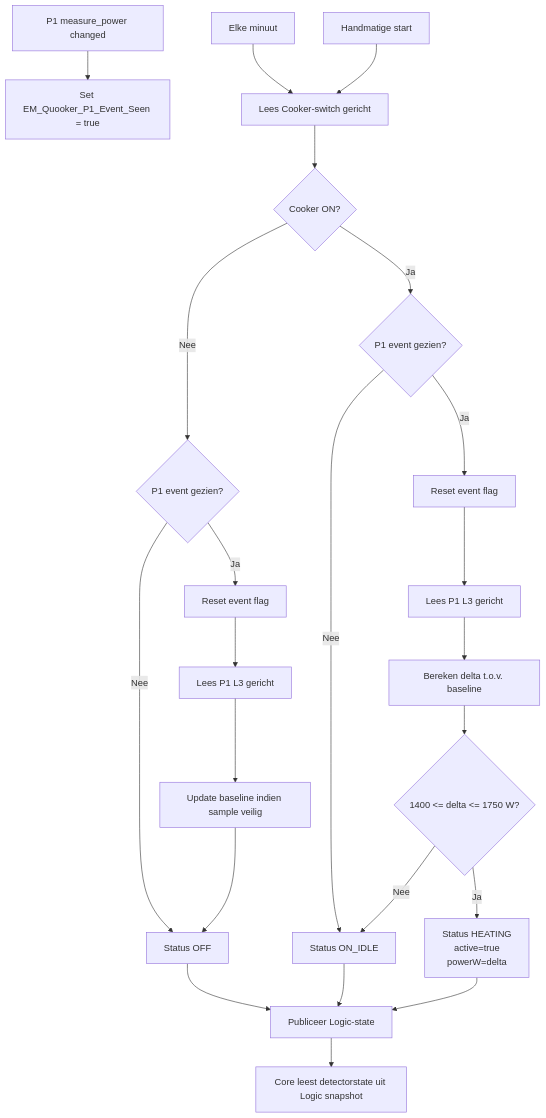
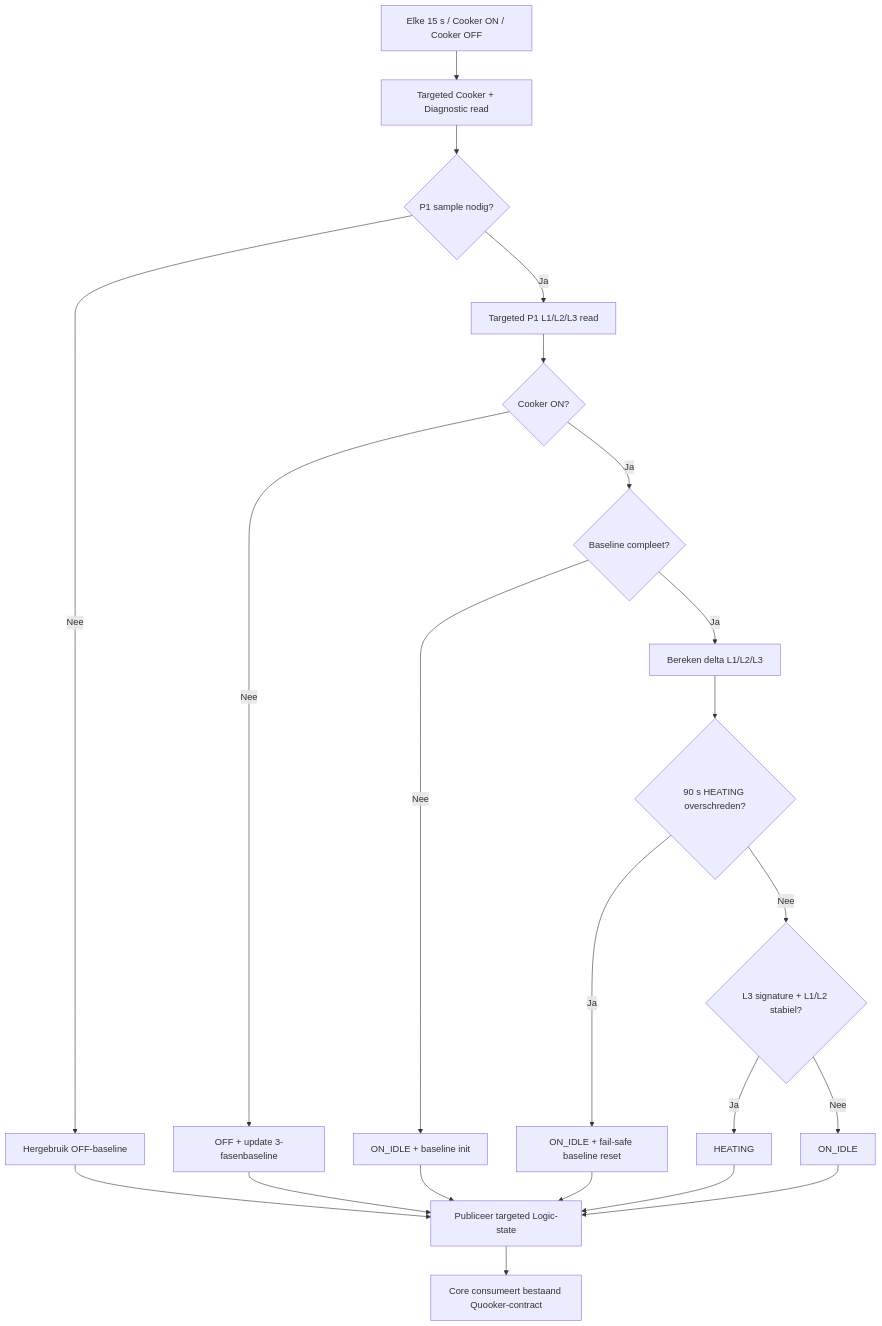
Before and after one commit to OnsKasteeltje/homey-energy-manual: the diagram in docs/software-architecture/flows/quooker-flow.md, drawn with Mermaid. The commit also changed other lines of this file and 6 other files, not shown here.

````diff
--- a/docs/software-architecture/flows/quooker-flow.md
+++ b/docs/software-architecture/flows/quooker-flow.md
@@ -53,27 +51,24 @@
 ```mermaid
 flowchart TD
-    A[P1 measure_power changed] --> B[Set EM_Quooker_P1_Event_Seen = true]
-    C[Elke minuut] --> D[Lees Cooker-switch gericht]
-    E[Handmatige start] --> D
+    A[Elke 15 s / Cooker ON / Cooker OFF] --> B[Targeted Cooker + Diagnostic read]
+    B --> C{P1 sample nodig?}
+    C -->|Ja| D[Targeted P1 L1/L2/L3 read]
+    C -->|Nee| E[Hergebruik OFF-baseline]
     D --> F{Cooker ON?}
-    F -->|Nee| G{P1 event gezien?}
-    F -->|Ja| H{P1 event gezien?}
-    G -->|Nee| I[Status OFF]
-    G -->|Ja| J[Reset event flag]
-    J --> K[Lees P1 L3 gericht]
-    K --> L[Update baseline indien sample veilig]
-    L --> I
-    H -->|Nee| M[Status ON_IDLE]
-    H -->|Ja| N[Reset event flag]
-    N --> O[Lees P1 L3 gericht]
-    O --> P[Bereken delta t.o.v. baseline]
-    P --> Q{1400 <= delta <= 1750 W?}
-    Q -->|Ja| R[Status HEATING
-active=true
-powerW=delta]
-    Q -->|Nee| M
-    I --> S[Publiceer Logic-state]
-    M --> S
-    R --> S
-    S --> T[Core leest detectorstate uit Logic snapshot]
+    F -->|Nee| G[OFF + update 3-fasenbaseline]
+    F -->|Ja| H{Baseline compleet?}
+    H -->|Nee| I[ON_IDLE + baseline init]
+    H -->|Ja| J[Bereken delta L1/L2/L3]
+    J --> K{90 s HEATING overschreden?}
+    K -->|Ja| L[ON_IDLE + fail-safe baseline reset]
+    K -->|Nee| M{L3 signature + L1/L2 stabiel?}
+    M -->|Ja| N[HEATING]
+    M -->|Nee| O[ON_IDLE]
+    E --> P[Publiceer targeted Logic-state]
+    G --> P
+    I --> P
+    L --> P
+    N --> P
+    O --> P
+    P --> Q[Core consumeert bestaand Quooker-contract]
 ```
````
